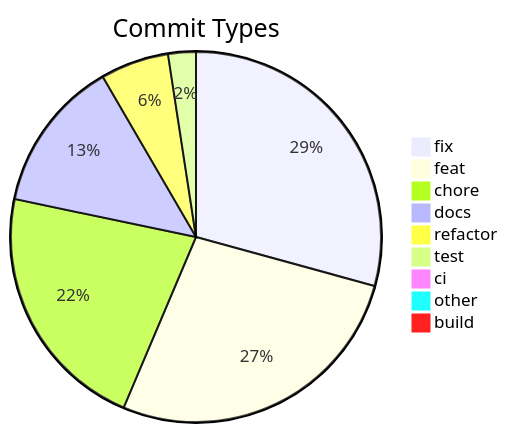
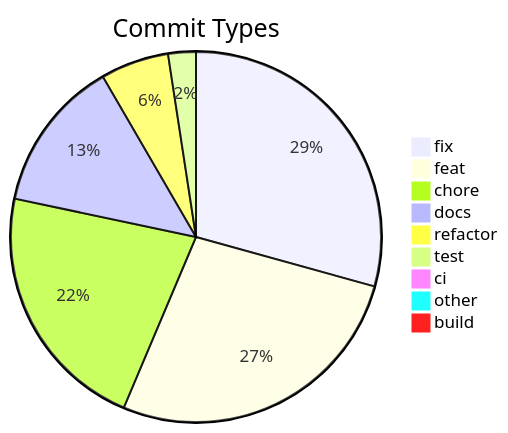
One commit to svenroth-ai/shipwright changed the diagram in .shipwright/compliance/change-history.md. Above: the diagram before and after it, drawn with Mermaid. The commit also changed other lines of this file and 23 other files, not shown here.

````diff
--- a/.shipwright/compliance/change-history.md
+++ b/.shipwright/compliance/change-history.md
@@ -8,12 +8,12 @@
 ```mermaid
 pie title Commit Types
-    "fix" : 314
+    "fix" : 315
     "feat" : 291
-    "chore" : 235
+    "chore" : 236
     "docs" : 143
     "refactor" : 64
     "test" : 26
     "ci" : 9
     "other" : 7
     "build" : 1
 ```
````
